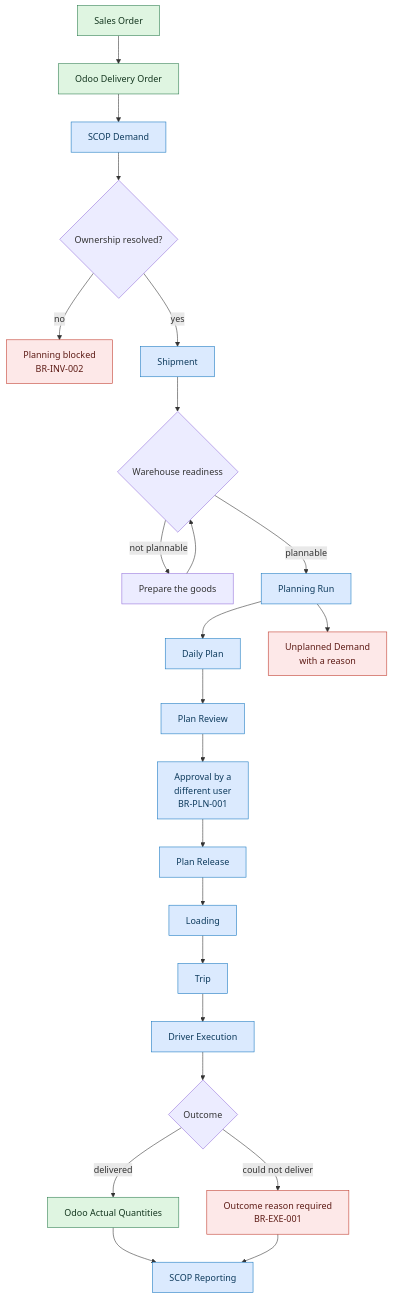
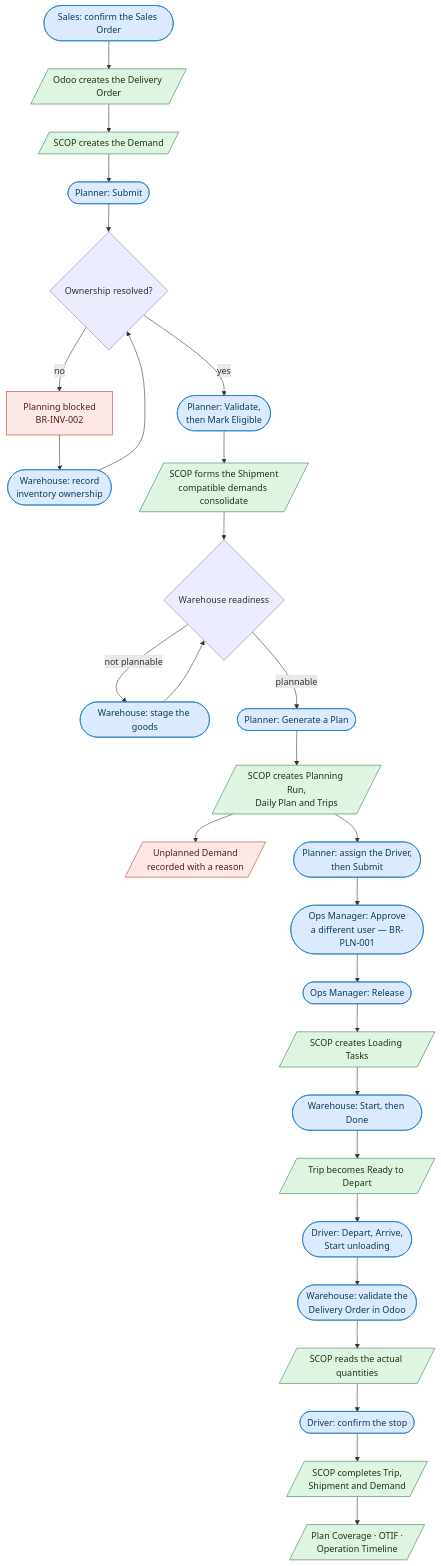
The diagram in docs/quick-start/process-at-a-glance.mdx (mo-shaker/b2bdoc), drawn with Mermaid before and after one commit. The commit also changed other lines of this file and 72 other files, not shown here.

````diff
--- a/docs/quick-start/process-at-a-glance.mdx
+++ b/docs/quick-start/process-at-a-glance.mdx
@@ -27,32 +27,37 @@
 ```mermaid
 flowchart TD
-    SO[Sales Order] --> DO[Odoo Delivery Order]
-    DO --> DEM[SCOP Demand]
-    DEM --> OWN{Ownership resolved?}
+    SO([Sales: confirm the Sales Order]) --> DO[/Odoo creates the Delivery Order/]
+    DO --> DEM[/SCOP creates the Demand/]
+    DEM --> SUB([Planner: Submit])
+    SUB --> OWN{Ownership resolved?}
     OWN -- no --> BLOCK[Planning blocked<br/>BR-INV-002]
-    OWN -- yes --> SHP[Shipment]
+    BLOCK --> FIX([Warehouse: record<br/>inventory ownership])
+    FIX --> OWN
+    OWN -- yes --> VAL([Planner: Validate,<br/>then Mark Eligible])
+    VAL --> SHP[/SCOP forms the Shipment<br/>compatible demands consolidate/]
     SHP --> RDY{Warehouse readiness}
-    RDY -- not plannable --> WAIT[Prepare the goods]
-    WAIT --> RDY
-    RDY -- plannable --> RUN[Planning Run]
-    RUN --> PLAN[Daily Plan]
-    RUN --> UNP[Unplanned Demand<br/>with a reason]
-    PLAN --> REV[Plan Review]
-    REV --> APP[Approval by a<br/>different user<br/>BR-PLN-001]
-    APP --> REL[Plan Release]
-    REL --> LOAD[Loading]
-    LOAD --> TRIP[Trip]
-    TRIP --> DRV[Driver Execution]
-    DRV --> OUT{Outcome}
-    OUT -- delivered --> ACT[Odoo Actual Quantities]
-    OUT -- could not deliver --> RSN[Outcome reason required<br/>BR-EXE-001]
-    ACT --> REP[SCOP Reporting]
-    RSN --> REP
+    RDY -- not plannable --> STG([Warehouse: stage the goods])
+    STG --> RDY
+    RDY -- plannable --> GEN([Planner: Generate a Plan])
+    GEN --> RUN[/SCOP creates Planning Run,<br/>Daily Plan and Trips/]
+    RUN --> UNP[/Unplanned Demand<br/>recorded with a reason/]
+    RUN --> DRVA([Planner: assign the Driver,<br/>then Submit])
+    DRVA --> APP([Ops Manager: Approve<br/>a different user — BR-PLN-001])
+    APP --> REL([Ops Manager: Release])
+    REL --> LT[/SCOP creates Loading Tasks/]
+    LT --> LOAD([Warehouse: Start, then Done])
+    LOAD --> RTD[/Trip becomes Ready to Depart/]
+    RTD --> DEP([Driver: Depart, Arrive,<br/>Start unloading])
+    DEP --> VALO([Warehouse: validate the<br/>Delivery Order in Odoo])
+    VALO --> QTY[/SCOP reads the actual quantities/]
+    QTY --> CONF([Driver: confirm the stop])
+    CONF --> DONE[/SCOP completes Trip,<br/>Shipment and Demand/]
+    DONE --> REP[/Plan Coverage · OTIF ·<br/>Operation Timeline/]
 
-    classDef odoo fill:#dff5e1,stroke:#2e7d4f,color:#14361f
-    classDef scop fill:#dbeafe,stroke:#1878c0,color:#0d3a5c
+    classDef human fill:#dbeafe,stroke:#1878c0,color:#0d3a5c
+    classDef auto fill:#dff5e1,stroke:#2e7d4f,color:#14361f
     classDef stop fill:#fde8e8,stroke:#c0392b,color:#5c1a14
-    class SO,DO,ACT odoo
-    class DEM,SHP,RUN,PLAN,REV,APP,REL,LOAD,TRIP,DRV,REP scop
-    class BLOCK,UNP,RSN stop
+    class SO,SUB,FIX,VAL,STG,GEN,DRVA,APP,REL,LOAD,DEP,VALO,CONF human
+    class DO,DEM,SHP,RUN,LT,RTD,QTY,DONE,REP auto
+    class BLOCK,UNP stop
 ```
````
